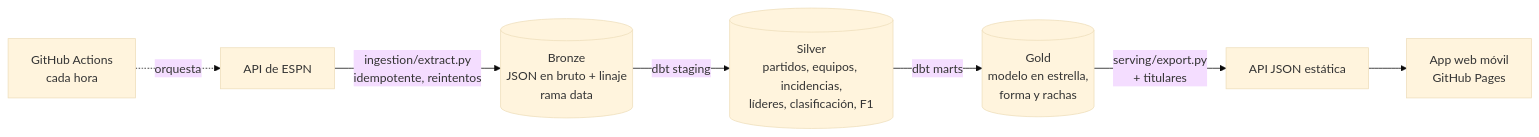
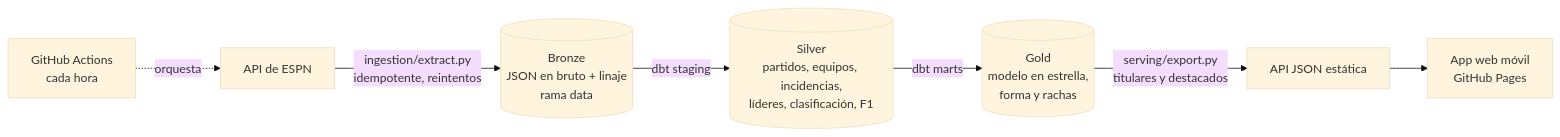
Before and after one commit to sergiocarras-cyber/marcador: the first of 2 diagrams in README.md, drawn with Mermaid (base theme). The commit also changed other lines of this file and 8 other files, not shown here.

````diff
--- a/README.md
+++ b/README.md
@@ -14,9 +14,9 @@
 ```mermaid
 flowchart LR
     A[API de ESPN] -->|"ingestion/extract.py<br/>idempotente, reintentos"| B[(Bronze<br/>JSON en bruto + linaje<br/>rama data)]
     B -->|dbt staging| C[(Silver<br/>partidos, equipos, incidencias,<br/>líderes, clasificación, F1)]
     C -->|dbt marts| D[(Gold<br/>modelo en estrella,<br/>forma y rachas)]
-    D -->|serving/export.py<br/>+ titulares| E[API JSON estática]
+    D -->|serving/export.py<br/>titulares y destacados| E[API JSON estática]
     E --> F[App web móvil<br/>GitHub Pages]
     G[GitHub Actions<br/>cada hora] -.orquesta.-> A
 ```
````
